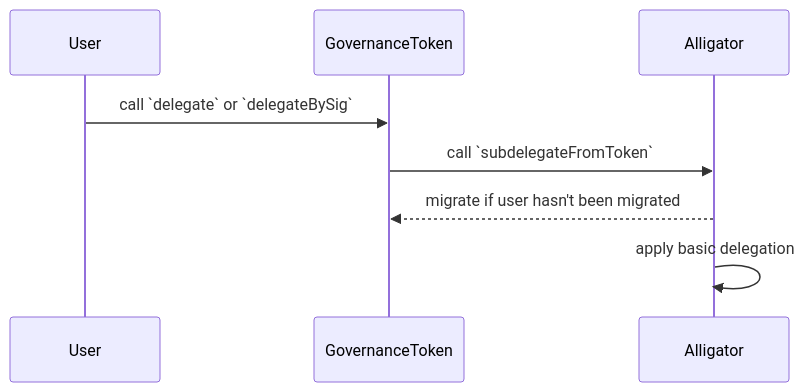
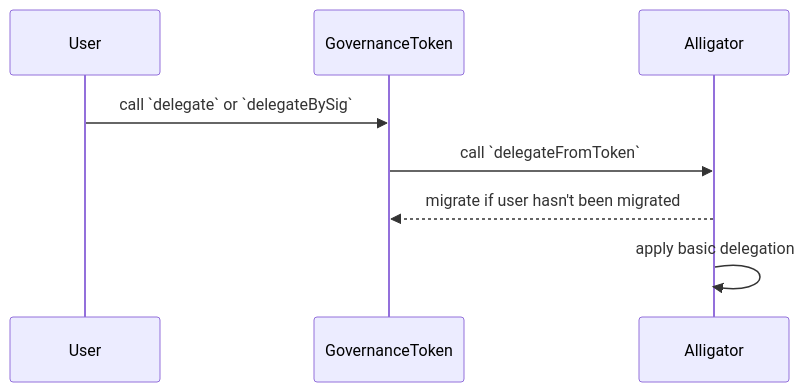
The first of 2 diagrams in specs/experimental/alligator.md (ethereum-optimism/specs), drawn with Mermaid before and after one commit. The commit also changed other lines of this file, not shown here.

Commit message:
governance: rename subdelegations

````diff
--- a/specs/experimental/alligator.md
+++ b/specs/experimental/alligator.md
@@ -387,7 +387,7 @@
 ```mermaid
 sequenceDiagram
     User ->> GovernanceToken: call `delegate` or `delegateBySig`
-    GovernanceToken ->> Alligator: call `subdelegateFromToken`
+    GovernanceToken ->> Alligator: call `delegateFromToken`
     Alligator -->> GovernanceToken: migrate if user hasn't been migrated
     Alligator ->> Alligator: apply basic delegation
 ```
````
